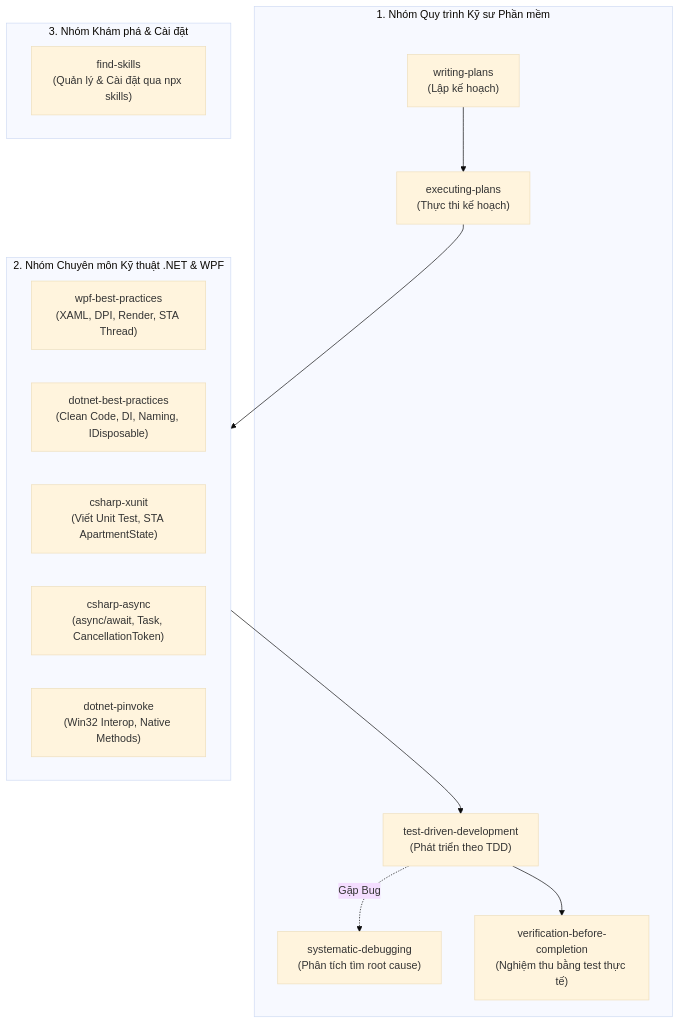
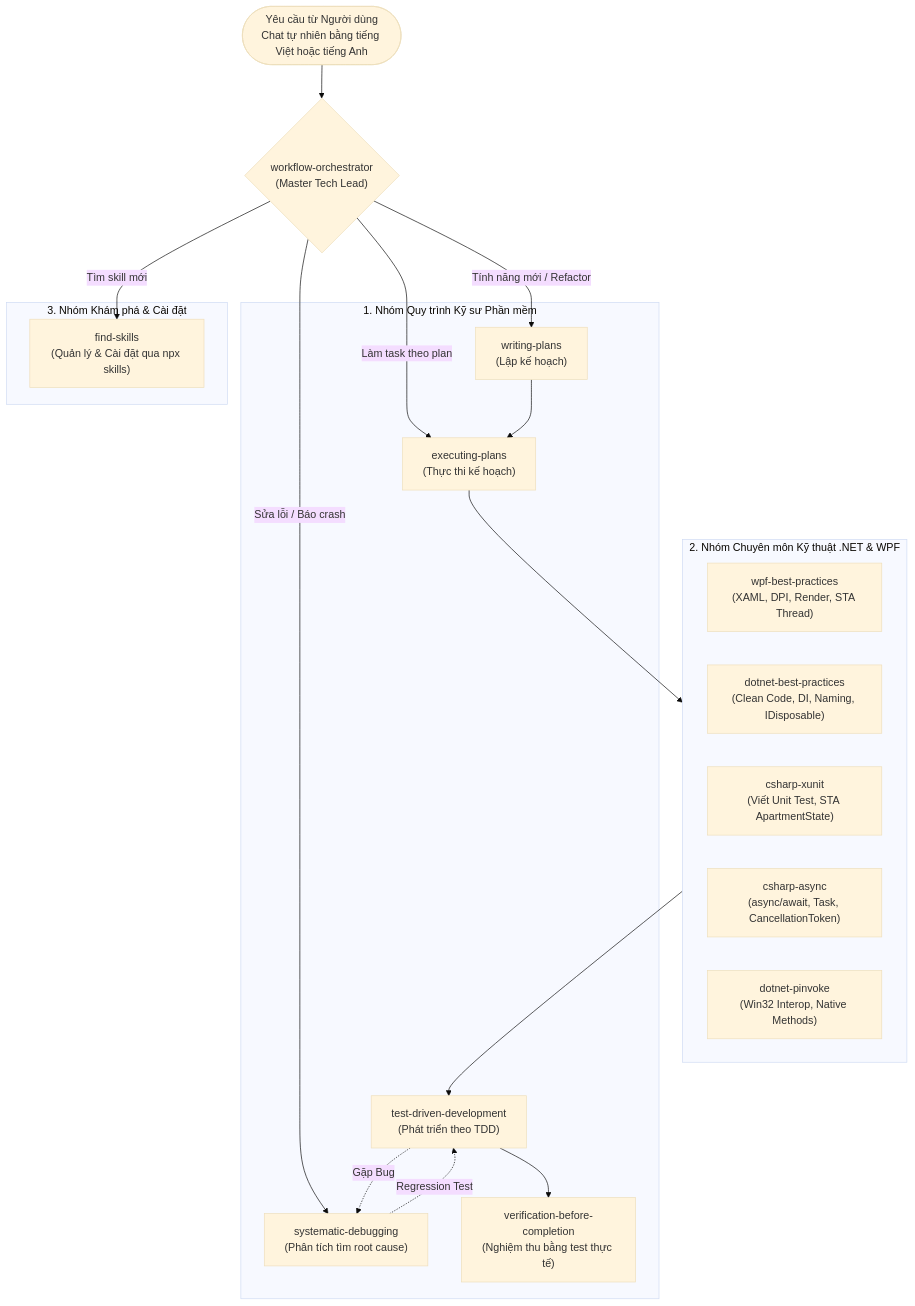
One commit to Thien21112005/neat-shot changed the diagram in docs/AGENT-SKILLS-AND-NPX-GUIDE.md. Above: the diagram before and after it, drawn with Mermaid (base theme). The commit also changed other lines of this file and 2 other files, not shown here.

Commit message:
feat: add workflow-orchestrator meta-skill and AGENTS.md intelligent router

````diff
--- a/docs/AGENT-SKILLS-AND-NPX-GUIDE.md
+++ b/docs/AGENT-SKILLS-AND-NPX-GUIDE.md
@@ -41,28 +43,36 @@
 ```mermaid
 flowchart TD
+    User([Yêu cầu từ Người dùng<br/>Chat tự nhiên bằng tiếng Việt hoặc tiếng Anh]) --> Router{"workflow-orchestrator<br/>(Master Tech Lead)"}
+
     subgraph WorkflowGroup ["1. Nhóm Quy trình Kỹ sư Phần mềm"]
         P1["writing-plans<br/>(Lập kế hoạch)"]
         P2["executing-plans<br/>(Thực thi kế hoạch)"]
         P3["test-driven-development<br/>(Phát triển theo TDD)"]
         P4["systematic-debugging<br/>(Phân tích tìm root cause)"]
         P5["verification-before-completion<br/>(Nghiệm thu bằng test thực tế)"]
     end
 
     subgraph DomainGroup ["2. Nhóm Chuyên môn Kỹ thuật .NET & WPF"]
         D1["wpf-best-practices<br/>(XAML, DPI, Render, STA Thread)"]
         D2["dotnet-best-practices<br/>(Clean Code, DI, Naming, IDisposable)"]
         D3["csharp-xunit<br/>(Viết Unit Test, STA ApartmentState)"]
         D4["csharp-async<br/>(async/await, Task, CancellationToken)"]
         D5["dotnet-pinvoke<br/>(Win32 Interop, Native Methods)"]
     end
 
     subgraph CommunityGroup ["3. Nhóm Khám phá & Cài đặt"]
         C1["find-skills<br/>(Quản lý & Cài đặt qua npx skills)"]
     end
 
+    Router -->|"Tính năng mới / Refactor"| P1
+    Router -->|"Làm task theo plan"| P2
+    Router -->|"Sửa lỗi / Báo crash"| P4
+    Router -->|"Tìm skill mới"| C1
+
     P1 --> P2
     P2 --> DomainGroup
     DomainGroup --> P3
     P3 --> P5
     P3 -. Gặp Bug .-> P4
+    P4 -. Regression Test .-> P3
 ```
````
